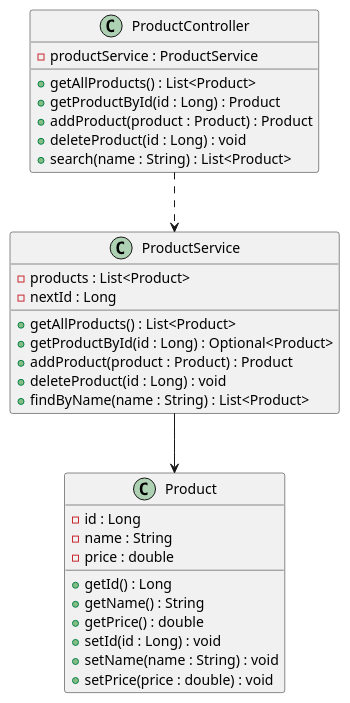
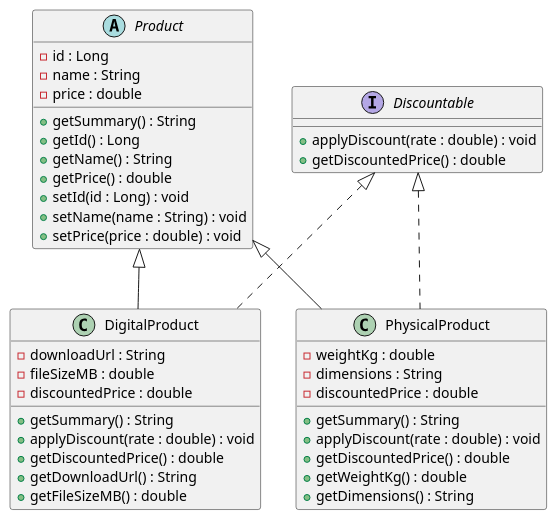
Before and after one commit to sanukaransilu999/products-api: the diagram in ProductDiagram.puml, drawn with PlantUML. The commit also changed 6 other files, not shown here.

```diff
--- a/ProductDiagram.puml
+++ b/ProductDiagram.puml
@@ -2,37 +2,49 @@
 @startuml
 
-class Product {
+abstract class Product {
   - id : Long
   - name : String
   - price : double
+  + getSummary() : String
   + getId() : Long
   + getName() : String
   + getPrice() : double
   + setId(id : Long) : void
   + setName(name : String) : void
   + setPrice(price : double) : void
 }
 
-class ProductService {
-  - products : List<Product>
-  - nextId : Long
-  + getAllProducts() : List<Product>
-  + getProductById(id : Long) : Optional<Product>
-  + addProduct(product : Product) : Product
-  + deleteProduct(id : Long) : void
-  + findByName(name : String) : List<Product>
+class DigitalProduct {
+  - downloadUrl : String
+  - fileSizeMB : double
+  - discountedPrice : double
+  + getSummary() : String
+  + applyDiscount(rate : double) : void
+  + getDiscountedPrice() : double
+  + getDownloadUrl() : String
+  + getFileSizeMB() : double
 }
 
-class ProductController {
-  - productService : ProductService
-  + getAllProducts() : List<Product>
-  + getProductById(id : Long) : Product
-  + addProduct(product : Product) : Product
-  + deleteProduct(id : Long) : void
-  + search(name : String) : List<Product>
+class PhysicalProduct {
+  - weightKg : double
+  - dimensions : String
+  - discountedPrice : double
+  + getSummary() : String
+  + applyDiscount(rate : double) : void
+  + getDiscountedPrice() : double
+  + getWeightKg() : double
+  + getDimensions() : String
 }
 
-ProductController ..> ProductService
-ProductService --> Product
+interface Discountable {
+  + applyDiscount(rate : double) : void
+  + getDiscountedPrice() : double
+}
+
+Product <|-- DigitalProduct
+Product <|-- PhysicalProduct
+
+Discountable <|.. DigitalProduct
+Discountable <|.. PhysicalProduct
 
 @enduml
```
